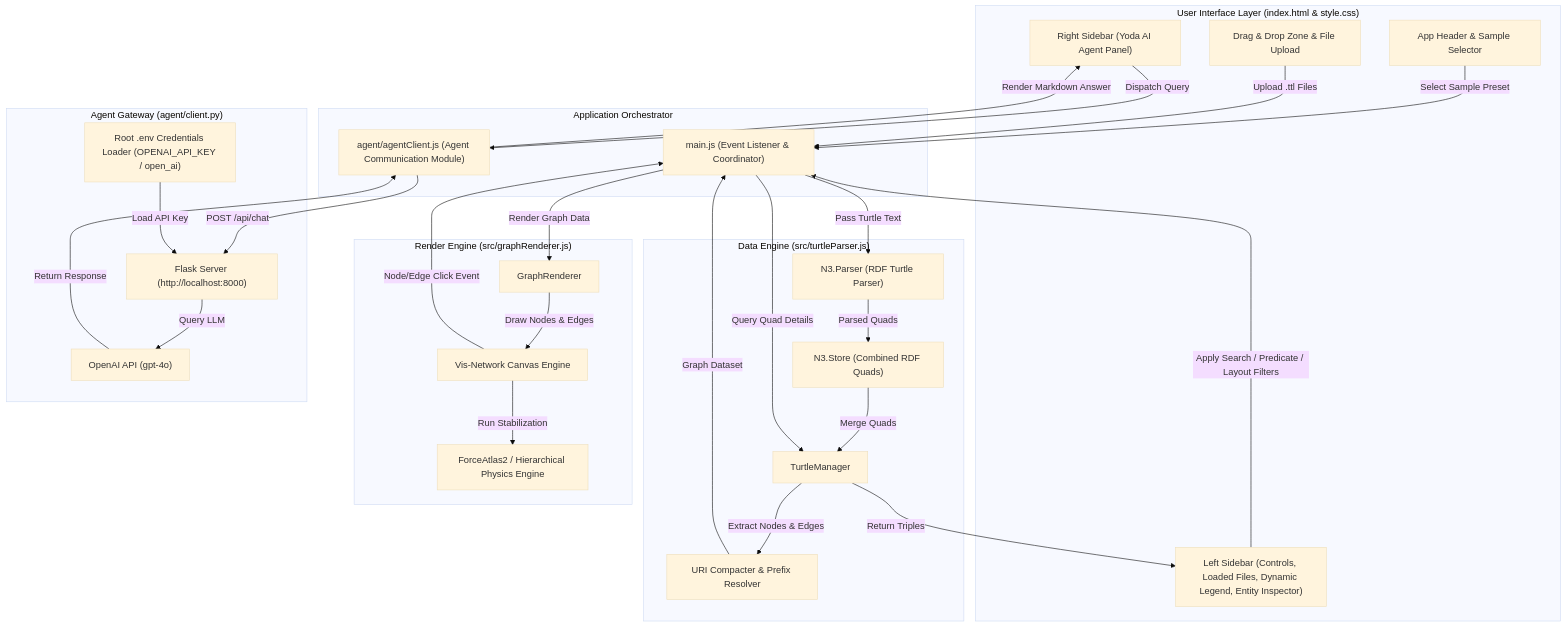
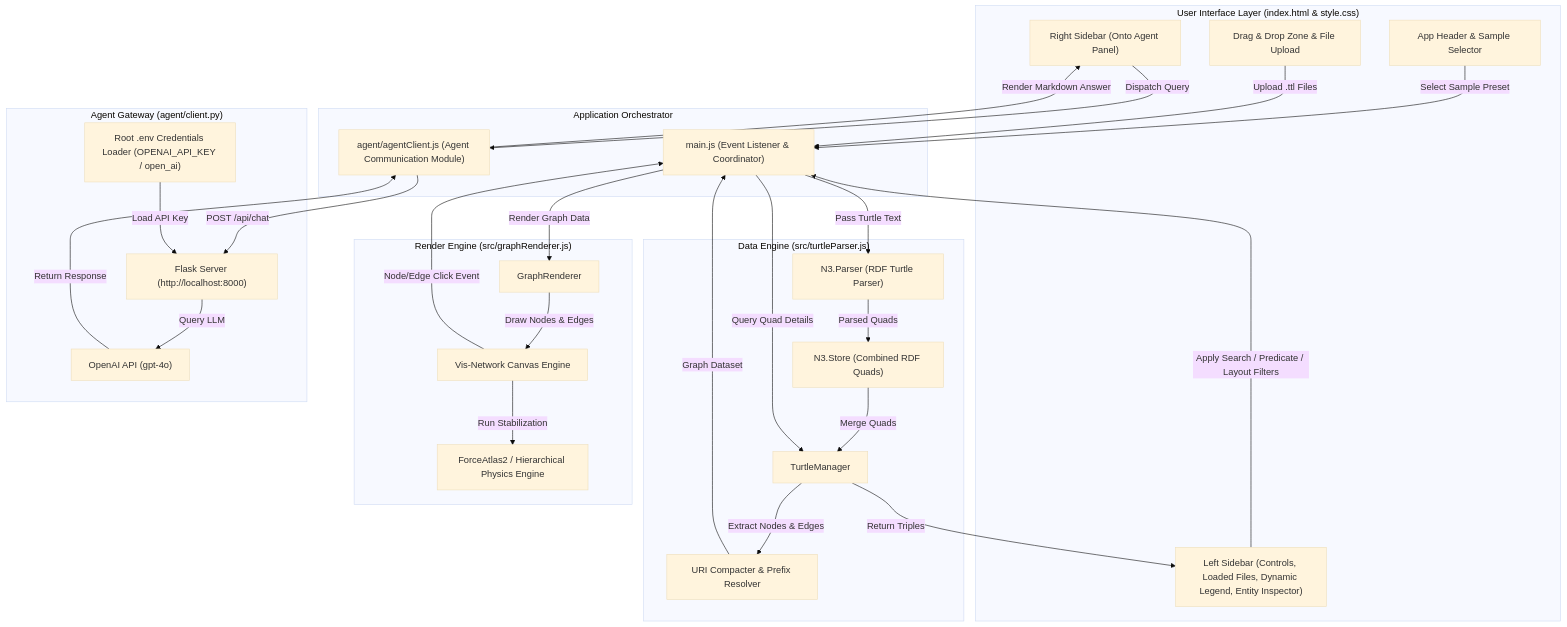
One commit to praveenjoshi01/turtle_onto_agent changed the diagram in ARCHITECTURE.md. Above: the diagram before and after it, drawn with Mermaid (base theme). The commit also changed other lines of this file and 7 other files, not shown here.

Commit message:
feat: rename application brand to OntoSphere AI and agent to Onto Agent

````diff
--- a/ARCHITECTURE.md
+++ b/ARCHITECTURE.md
@@ -11,59 +11,59 @@
 ```mermaid
 graph TD
     subgraph UI ["User Interface Layer (index.html & style.css)"]
         Header["App Header & Sample Selector"]
         DropZone["Drag & Drop Zone & File Upload"]
         LeftSidebar["Left Sidebar (Controls, Loaded Files, Dynamic Legend, Entity Inspector)"]
-        RightSidebar["Right Sidebar (Yoda AI Agent Panel)"]
+        RightSidebar["Right Sidebar (Onto Agent Panel)"]
     end
 
     subgraph Controller ["Application Orchestrator"]
         MainJS["main.js (Event Listener & Coordinator)"]
         AgentClient["agent/agentClient.js (Agent Communication Module)"]
     end
 
     subgraph DataEngine ["Data Engine (src/turtleParser.js)"]
         TurtleMgr["TurtleManager"]
         N3Parser["N3.Parser (RDF Turtle Parser)"]
         QuadStore["N3.Store (Combined RDF Quads)"]
         UriCompacter["URI Compacter & Prefix Resolver"]
     end
 
     subgraph RenderEngine ["Render Engine (src/graphRenderer.js)"]
         GraphRndr["GraphRenderer"]
         VisNetwork["Vis-Network Canvas Engine"]
         Physics["ForceAtlas2 / Hierarchical Physics Engine"]
     end
 
     subgraph LLMGateway ["Agent Gateway (agent/client.py)"]
         FlaskServer["Flask Server (http://localhost:8000)"]
         DotEnv["Root .env Credentials Loader (OPENAI_API_KEY / open_ai)"]
         OpenAIAPI["OpenAI API (gpt-4o)"]
     end
 
     %% Flow connections
     Header -->|Select Sample Preset| MainJS
     DropZone -->|Upload .ttl Files| MainJS
     LeftSidebar -->|Apply Search / Predicate / Layout Filters| MainJS
 
     MainJS -->|Pass Turtle Text| N3Parser
     N3Parser -->|Parsed Quads| QuadStore
     QuadStore -->|Merge Quads| TurtleMgr
     TurtleMgr -->|Extract Nodes & Edges| UriCompacter
     UriCompacter -->|Graph Dataset| MainJS
 
     MainJS -->|Render Graph Data| GraphRndr
     GraphRndr -->|Draw Nodes & Edges| VisNetwork
     VisNetwork -->|Run Stabilization| Physics
 
     VisNetwork -->|Node/Edge Click Event| MainJS
     MainJS -->|Query Quad Details| TurtleMgr
     TurtleMgr -->|Return Triples| LeftSidebar
 
     RightSidebar -->|Dispatch Query| AgentClient
     AgentClient -->|POST /api/chat| FlaskServer
     DotEnv -->|Load API Key| FlaskServer
     FlaskServer -->|Query LLM| OpenAIAPI
     OpenAIAPI -->|Return Response| AgentClient
     AgentClient -->|Render Markdown Answer| RightSidebar
 ```
````
